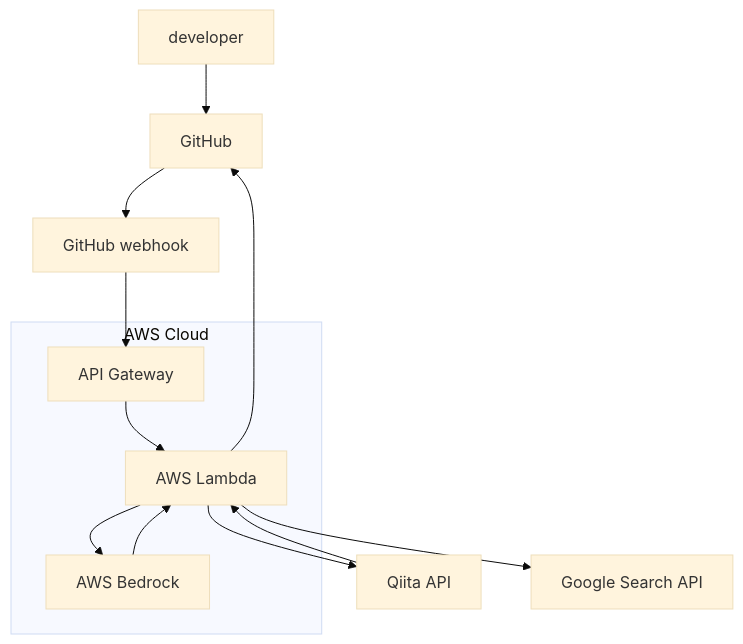
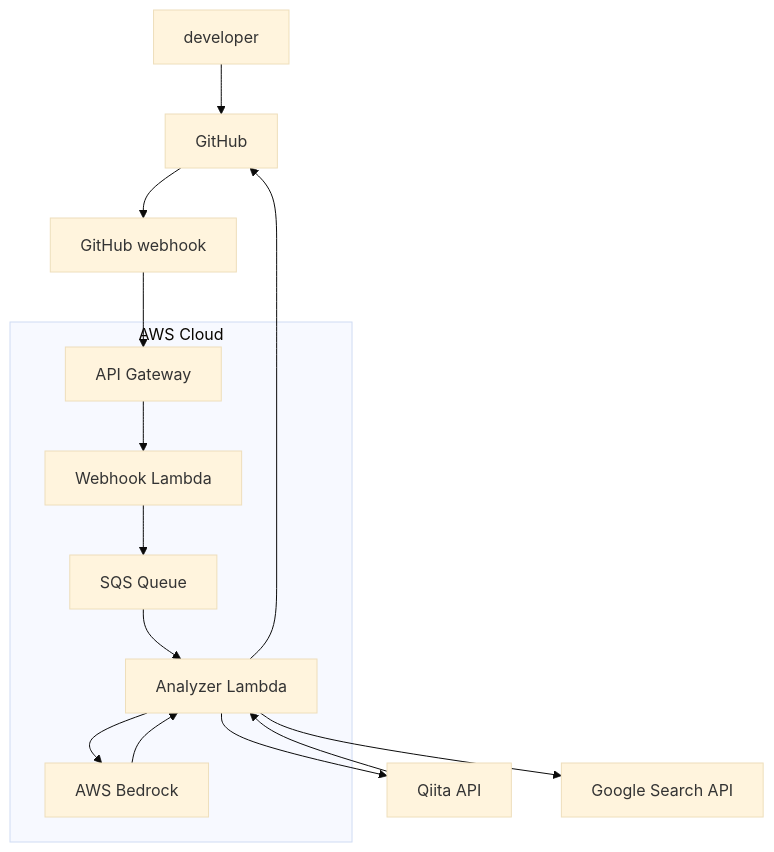
One commit to HasutoSasaki/code-mole changed the diagram in README.md. Above: the diagram before and after it, drawn with Mermaid (base theme). The commit also changed other lines of this file and 2 other files, not shown here.

Commit message:
docs: update architecture documentation for SQS integration
  - Update mermaid diagrams to show SQS-based async processing flow
  - Add sequence diagram explaining webhook → SQS → analyzer flow
  - Update technology stack to include SQS
  - Update development progress to reflect SQS implementation status
  - Add processing flow section with detailed async architecture

````diff
--- a/README.md
+++ b/README.md
@@ -30,19 +30,21 @@
 ```mermaid
 graph TB
     Developer[developer] --> GitHub[GitHub]
     GitHub --> GitHubHook[GitHub webhook]
     GitHubHook --> APIGateway[API Gateway]
 
     subgraph "AWS Cloud"
-    APIGateway --> Lambda[AWS Lambda]
-    Lambda --> Bedrock[AWS Bedrock]
-    Bedrock --> Lambda
+    APIGateway --> WebhookLambda[Webhook Lambda]
+    WebhookLambda --> SQS[SQS Queue]
+    SQS --> AnalyzerLambda[Analyzer Lambda]
+    AnalyzerLambda --> Bedrock[AWS Bedrock]
+    Bedrock --> AnalyzerLambda
     end 
 
-    Lambda --> Qiita[Qiita API]
-    Lambda --> Google[Google Search API]
-    Qiita --> Lambda
+    AnalyzerLambda --> Qiita[Qiita API]
+    AnalyzerLambda --> Google[Google Search API]
+    Qiita --> AnalyzerLambda
     
-    Lambda --> GitHub
+    AnalyzerLambda --> GitHub
 
 ```
````
